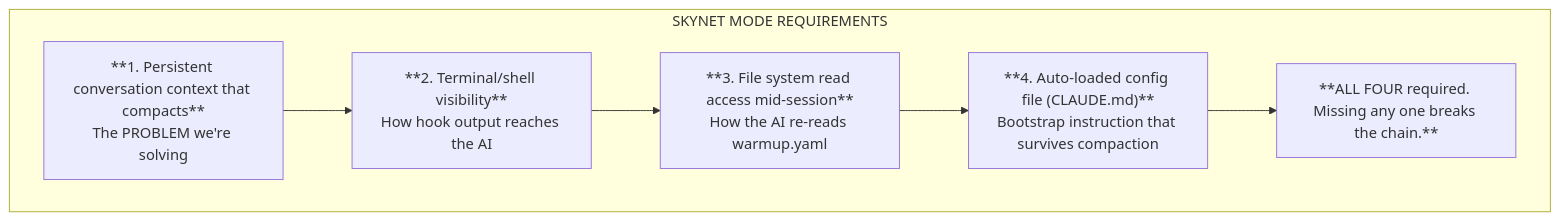
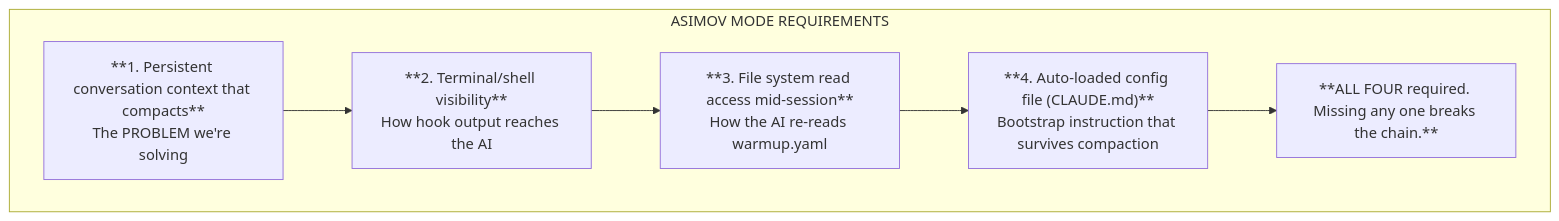
The first of 2 diagrams in docs/VENDOR_IMPLEMENTATION.md (royalbit/asimov-protocol), drawn with Mermaid before and after one commit. The commit also changed other lines of this file and 53 other files, not shown here.

````diff
--- a/docs/VENDOR_IMPLEMENTATION.md
+++ b/docs/VENDOR_IMPLEMENTATION.md
@@ -15,11 +15,11 @@
 ```mermaid
 flowchart TB
-    subgraph reqs["SKYNET MODE REQUIREMENTS"]
+    subgraph reqs["ASIMOV MODE REQUIREMENTS"]
         R1["**1. Persistent conversation context that compacts**<br/>The PROBLEM we're solving"]
         R2["**2. Terminal/shell visibility**<br/>How hook output reaches the AI"]
         R3["**3. File system read access mid-session**<br/>How the AI re-reads warmup.yaml"]
         R4["**4. Auto-loaded config file (CLAUDE.md)**<br/>Bootstrap instruction that survives compaction"]
         ALL["**ALL FOUR required. Missing any one breaks the chain.**"]
     end
     R1 --> R2 --> R3 --> R4 --> ALL
 ```
````
